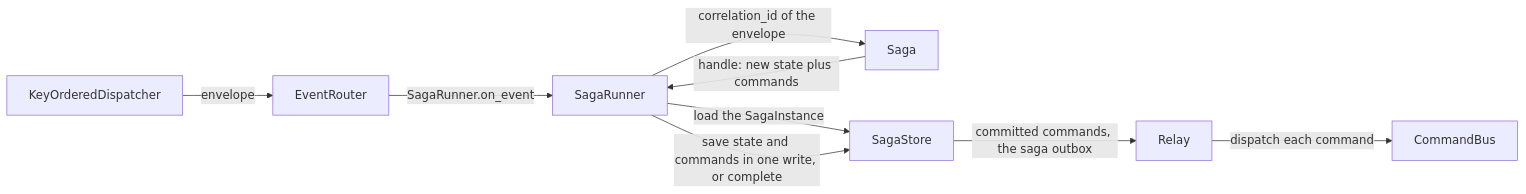
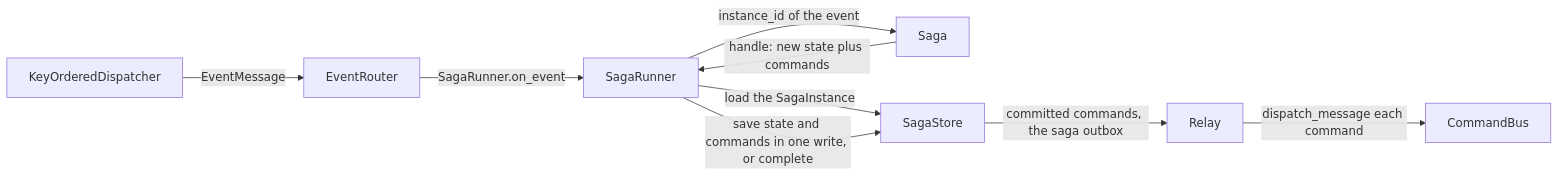
Before and after one commit to haskian/edax: the first of 3 diagrams in docs/sdk/sagas.md, drawn with Mermaid. The commit also changed other lines of this file and 175 other files, not shown here.

````diff
--- a/docs/sdk/sagas.md
+++ b/docs/sdk/sagas.md
@@ -11,11 +11,11 @@
 ```mermaid
 flowchart LR
-    D[KeyOrderedDispatcher] -->|envelope| R[EventRouter]
+    D[KeyOrderedDispatcher] -->|EventMessage| R[EventRouter]
     R -->|"SagaRunner.on_event"| RU[SagaRunner]
-    RU -->|"correlation_id of the envelope"| S[Saga]
+    RU -->|"instance_id of the event"| S[Saga]
     RU -->|"load the SagaInstance"| ST[SagaStore]
     S -->|"handle: new state plus commands"| RU
     RU -->|"save state and commands in one write, or complete"| ST
     ST -->|"committed commands, the saga outbox"| RL[Relay]
-    RL -->|"dispatch each command"| CB[CommandBus]
+    RL -->|"dispatch_message each command"| CB[CommandBus]
 ```
````
